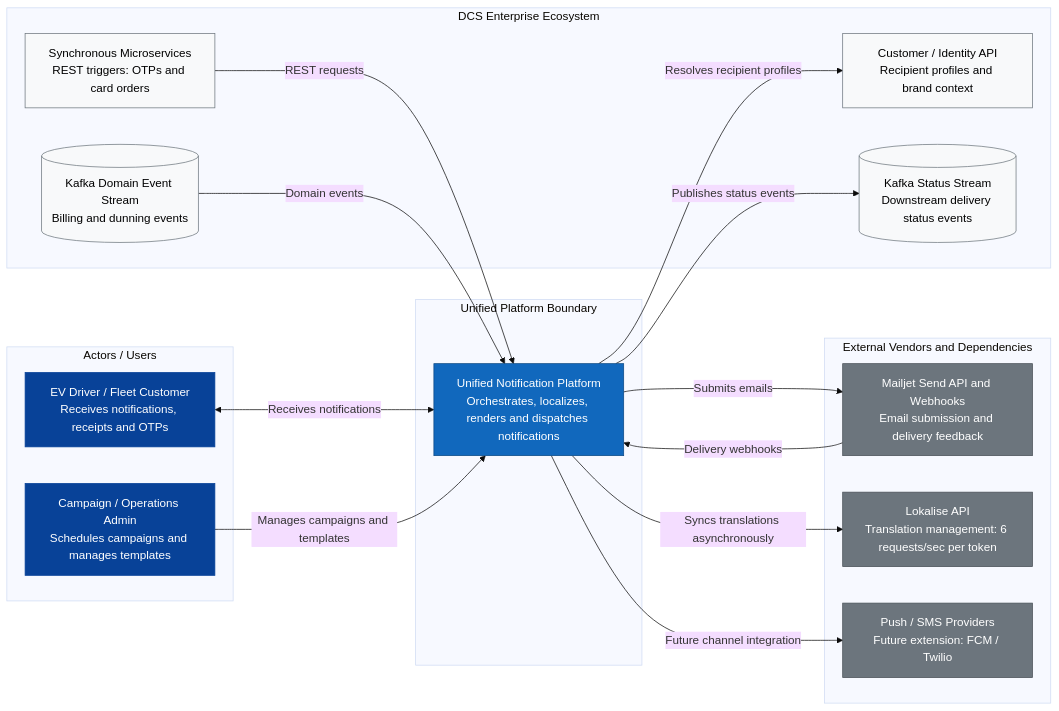
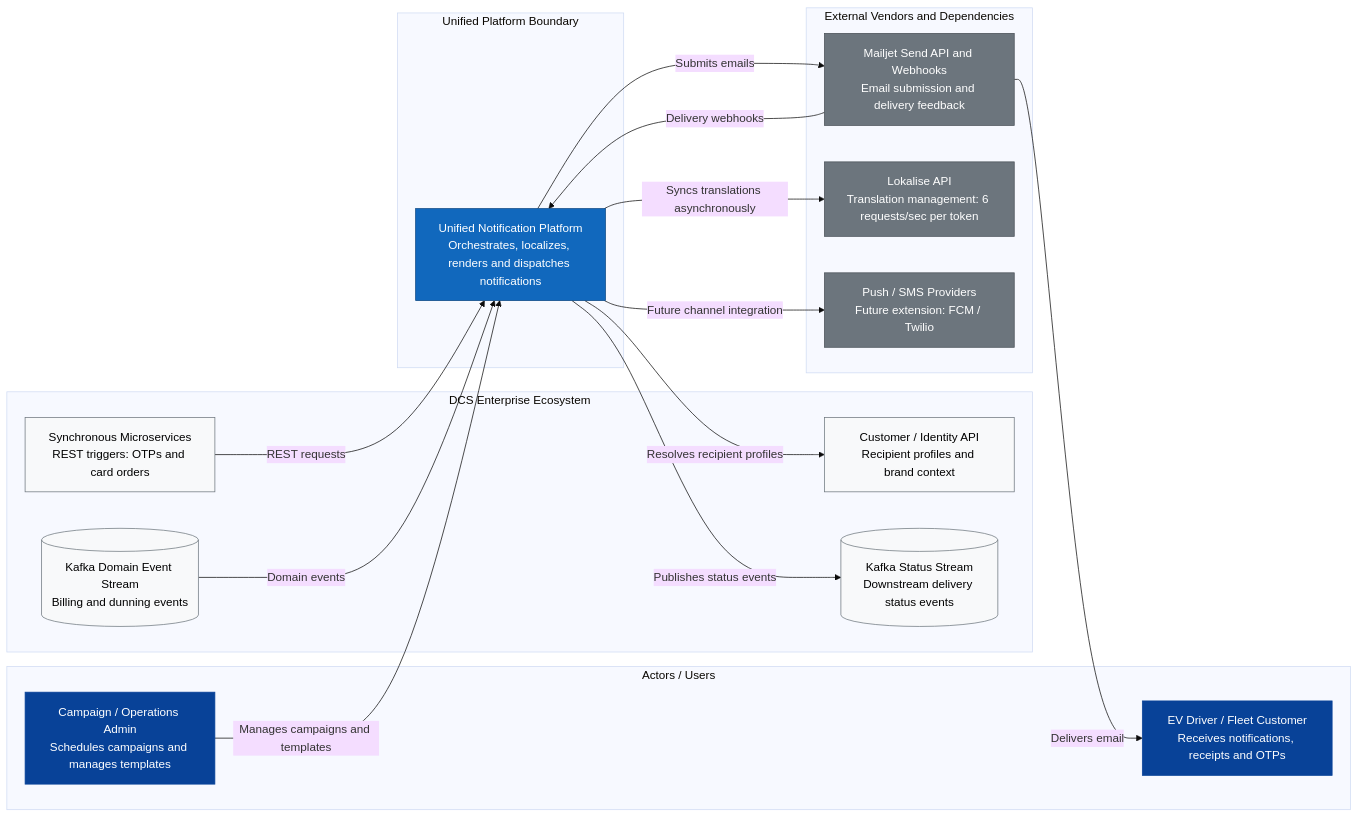
One commit to msazka/unified-notification-platform changed the first of 3 diagrams in REV-3.3.md. Above: the diagram before and after it, drawn with Mermaid. The commit also changed other lines of this file, not shown here.

````diff
--- a/REV-3.3.md
+++ b/REV-3.3.md
@@ -87,50 +87,50 @@
 ```mermaid
 %%{init: {'theme': 'base', 'themeVariables': { 'fontSize': '16px', 'nodePadding': '12' }}}%%
 flowchart LR
   subgraph Users ["Actors / Users"]
     driver["EV Driver / Fleet Customer<br/>Receives notifications, receipts and OTPs"]
     operator["Campaign / Operations Admin<br/>Schedules campaigns and manages templates"]
   end
 
   subgraph SystemBoundary ["Unified Platform Boundary"]
     notificationSystem["Unified Notification Platform<br/>Orchestrates, localizes, renders and dispatches notifications"]
   end
 
   subgraph Internal ["DCS Enterprise Ecosystem"]
     apiProducers["Synchronous Microservices<br/>REST triggers: OTPs and card orders"]
     kafkaEvents[("Kafka Domain Event Stream<br/>Billing and dunning events")]
     customerApi["Customer / Identity API<br/>Recipient profiles and brand context"]
     kafkaStatus[("Kafka Status Stream<br/>Downstream delivery status events")]
   end
 
   subgraph External ["External Vendors and Dependencies"]
     mailjet["Mailjet Send API and Webhooks<br/>Email submission and delivery feedback"]
     lokalise["Lokalise API<br/>Translation management: 6 requests/sec per token"]
     pushSms["Push / SMS Providers<br/>Future extension: FCM / Twilio"]
   end
 
-  driver <-->|"Receives notifications"| notificationSystem
   operator -->|"Manages campaigns and templates"| notificationSystem
 
   apiProducers -->|"REST requests"| notificationSystem
   kafkaEvents -->|"Domain events"| notificationSystem
 
   notificationSystem -->|"Resolves recipient profiles"| customerApi
   notificationSystem -->|"Syncs translations asynchronously"| lokalise
   notificationSystem -->|"Submits emails"| mailjet
   mailjet -->|"Delivery webhooks"| notificationSystem
+  mailjet -->|"Delivers email"| driver
   notificationSystem -->|"Future channel integration"| pushSms
 
   notificationSystem -->|"Publishes status events"| kafkaStatus
 
   classDef userStyle fill:#084298,stroke:#084298,color:#fff;
   classDef systemStyle fill:#1168bd,stroke:#0b4884,color:#fff;
   classDef internalStyle fill:#f8f9fa,stroke:#6c757d,color:#000;
   classDef externalStyle fill:#6c757d,stroke:#495057,color:#fff;
 
   class driver,operator userStyle;
   class notificationSystem systemStyle;
   class apiProducers,customerApi internalStyle;
   class mailjet,lokalise,pushSms externalStyle;
   class kafkaEvents,kafkaStatus internalStyle;
 ```
````
